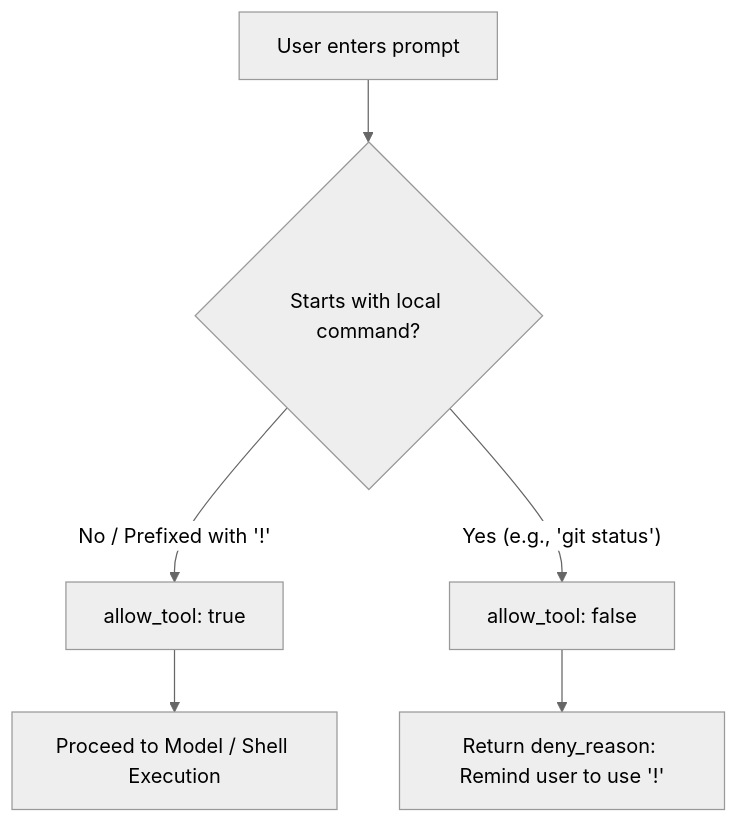
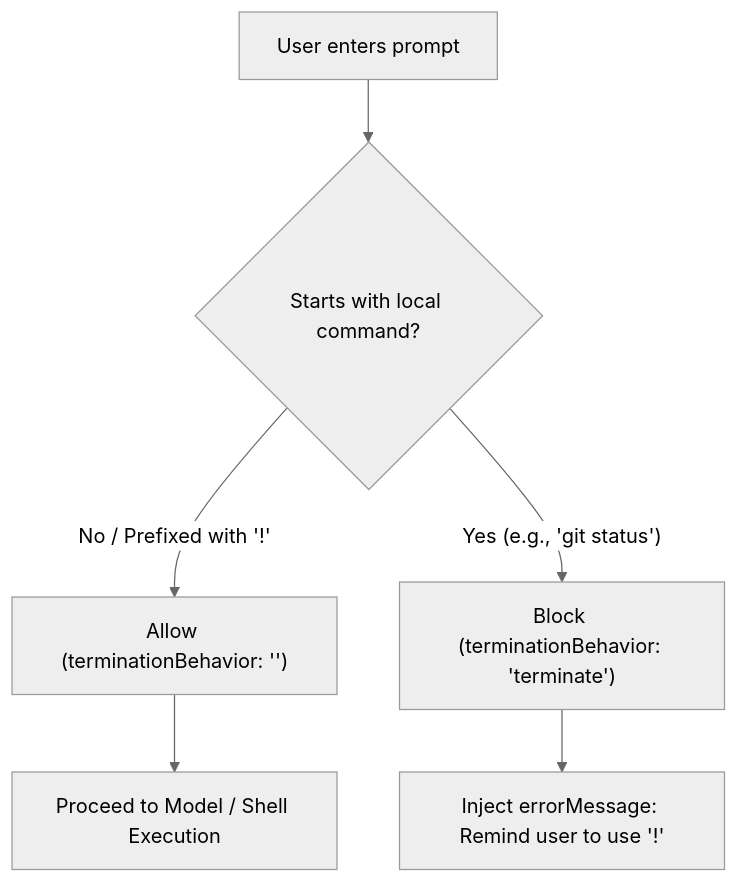
Before and after one commit to adublanche/antigravity-bash-guard: the diagram in README.md, drawn with Mermaid (neutral theme). The commit also changed 1 other file, not shown here.

Commit message:
fix: strictly adhere to PreInvocation ProtoJSON schema

````diff
--- a/README.md
+++ b/README.md
@@ -42,6 +42,6 @@
 ```mermaid
 flowchart TD
     A[User enters prompt] --> B{Starts with local command?}
-    B -- "No / Prefixed with '!'" --> C[allow_tool: true] --> D[Proceed to Model / Shell Execution]
-    B -- "Yes (e.g., 'git status')" --> E[allow_tool: false] --> F[Return deny_reason: Remind user to use '!']
+    B -- "No / Prefixed with '!'" --> C["Allow (terminationBehavior: '')"] --> D[Proceed to Model / Shell Execution]
+    B -- "Yes (e.g., 'git status')" --> E["Block (terminationBehavior: 'terminate')"] --> F["Inject errorMessage: Remind user to use '!'"]
 ```
````
